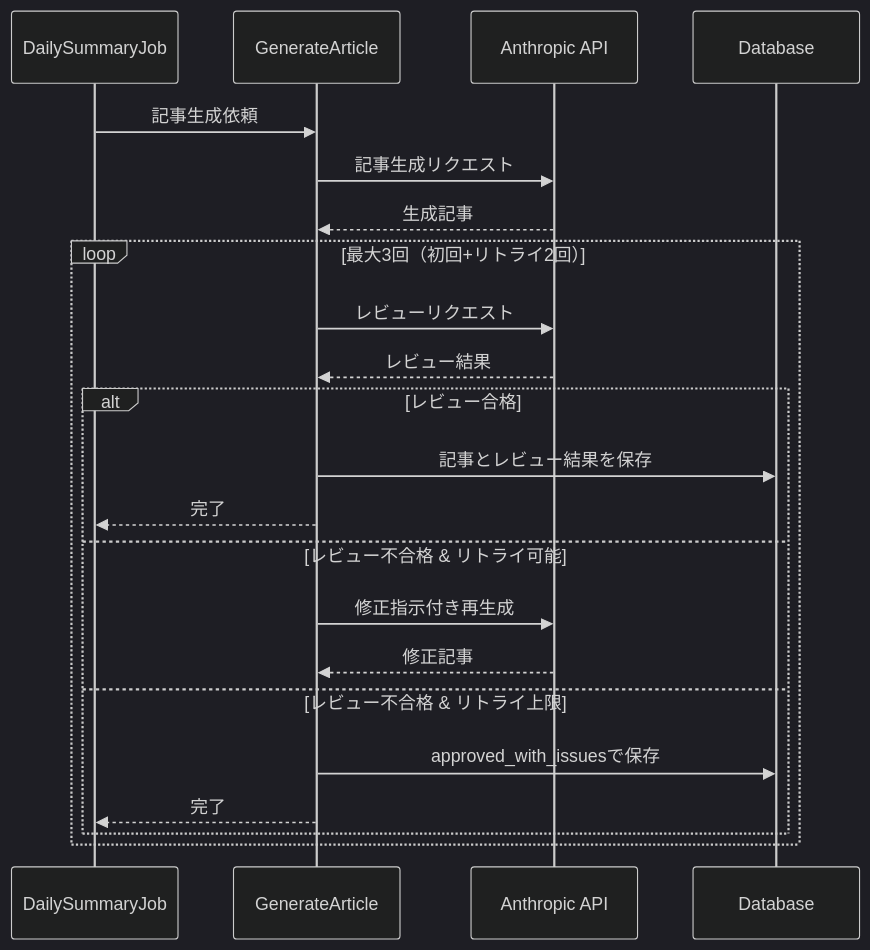
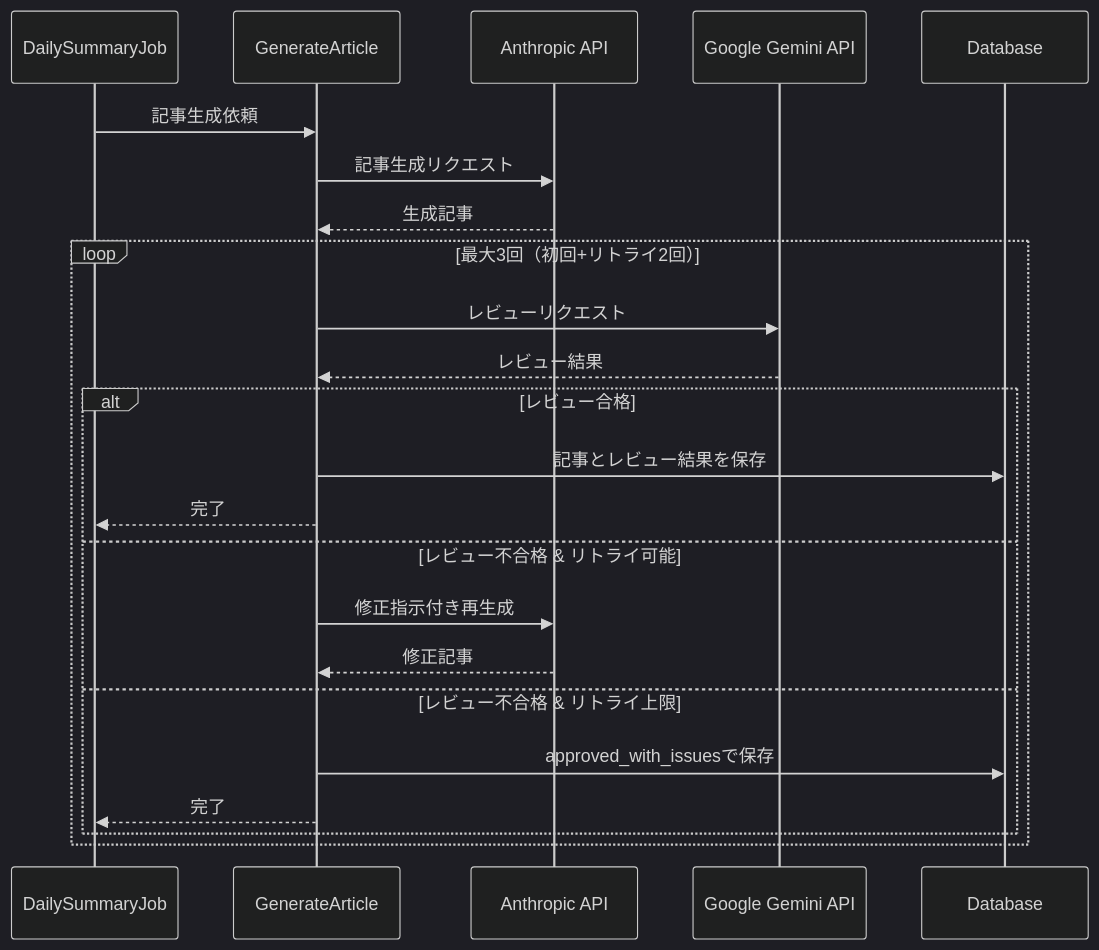
Before and after one commit to takeyuwebinc/DiffDaily: the diagram in docs/design/quality-review-system.md, drawn with Mermaid (dark theme). The commit also changed other lines of this file and 7 other files, not shown here.

````diff
--- a/docs/design/quality-review-system.md
+++ b/docs/design/quality-review-system.md
@@ -43,27 +43,28 @@
 ```mermaid
 sequenceDiagram
     participant Job as DailySummaryJob
     participant Action as GenerateArticle
-    participant AI as Anthropic API
+    participant ClaudeAPI as Anthropic API
+    participant GeminiAPI as Google Gemini API
     participant DB as Database
 
     Job->>Action: 記事生成依頼
-    Action->>AI: 記事生成リクエスト
-    AI-->>Action: 生成記事
+    Action->>ClaudeAPI: 記事生成リクエスト
+    ClaudeAPI-->>Action: 生成記事
 
     loop 最大3回（初回+リトライ2回）
-        Action->>AI: レビューリクエスト
-        AI-->>Action: レビュー結果
+        Action->>GeminiAPI: レビューリクエスト
+        GeminiAPI-->>Action: レビュー結果
 
         alt レビュー合格
             Action->>DB: 記事とレビュー結果を保存
             Action-->>Job: 完了
         else レビュー不合格 & リトライ可能
-            Action->>AI: 修正指示付き再生成
-            AI-->>Action: 修正記事
+            Action->>ClaudeAPI: 修正指示付き再生成
+            ClaudeAPI-->>Action: 修正記事
         else レビュー不合格 & リトライ上限
             Action->>DB: approved_with_issuesで保存
             Action-->>Job: 完了
         end
     end
 ```
````
